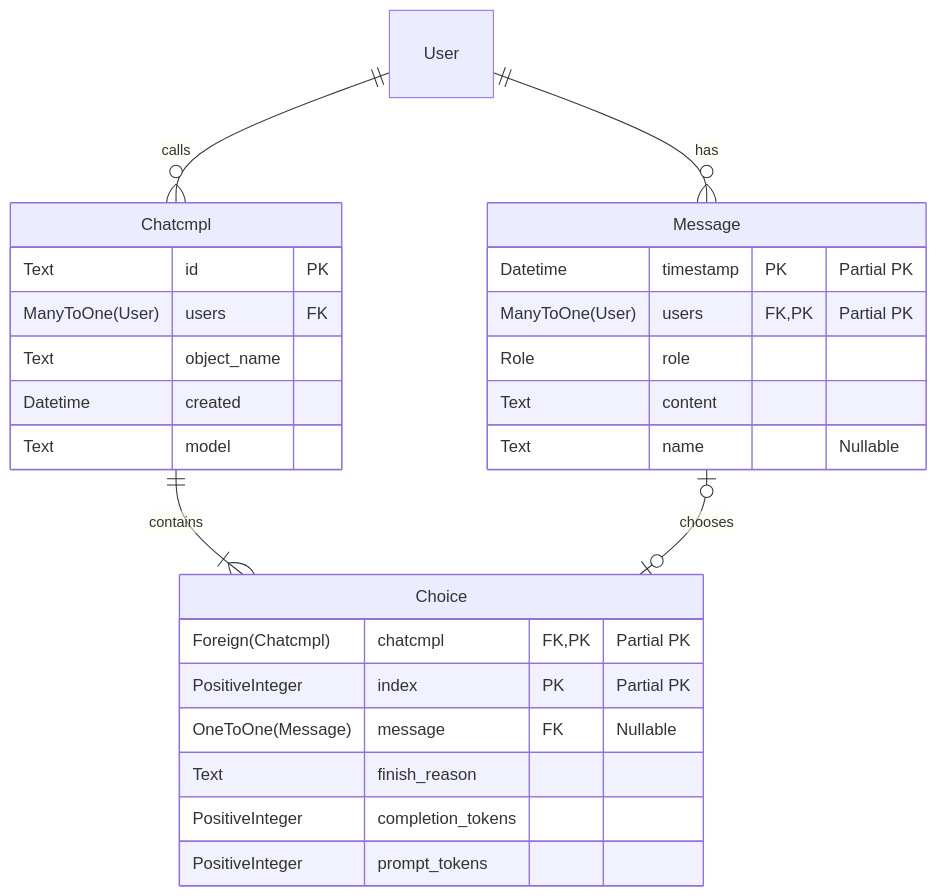
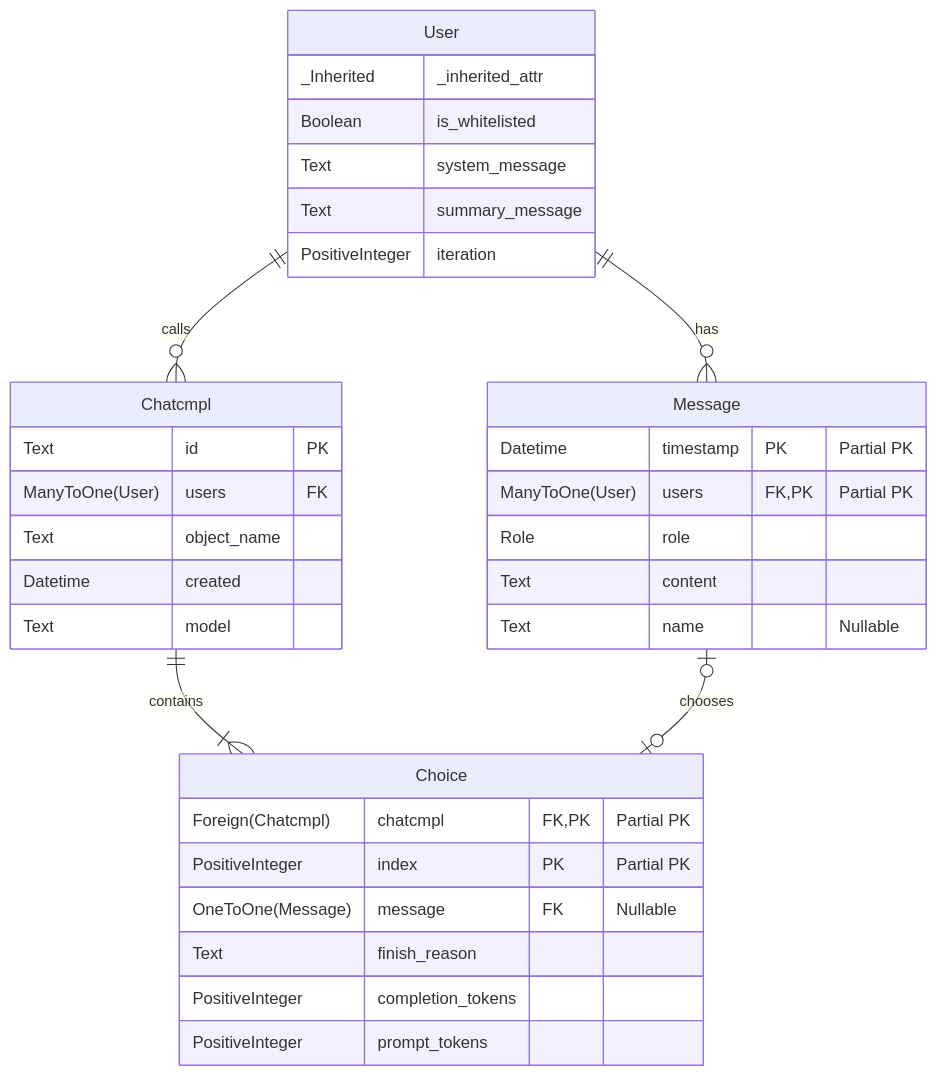
One commit to LioQing/verbose-adventure changed the diagram in README.md. Above: the diagram before and after it, drawn with Mermaid. The commit also changed 15 other files, not shown here.

````diff
--- a/README.md
+++ b/README.md
@@ -7,35 +7,43 @@
 ```mermaid
 erDiagram
+    User {
+        _Inherited _inherited_attr
+        Boolean is_whitelisted
+        Text system_message
+        Text summary_message
+        PositiveInteger iteration
+    }
+
     Message {
         Datetime timestamp PK "Partial PK"
         ManyToOne(User) users FK,PK "Partial PK"
         Role role
         Text content
         Text name "Nullable"
     }
 
     Chatcmpl {
         Text id PK
         ManyToOne(User) users FK
         Text object_name
         Datetime created
         Text model
     }
 
     Choice {
         Foreign(Chatcmpl) chatcmpl FK,PK "Partial PK"
         PositiveInteger index PK "Partial PK"
         OneToOne(Message) message FK "Nullable"
         Text finish_reason
         PositiveInteger completion_tokens
         PositiveInteger prompt_tokens
     }
 
     User ||--o{ Message : has
 
     User ||--o{ Chatcmpl : calls
 
     Chatcmpl ||--|{ Choice : contains
 
     Message |o--o| Choice : chooses
 ```
````
